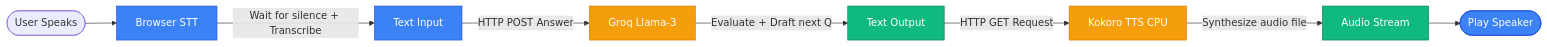
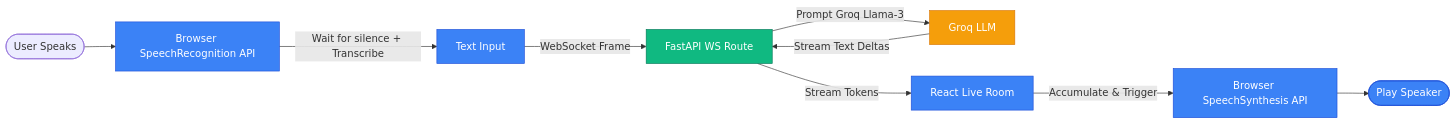
The first of 2 diagrams in docs/frontier_voice_architectures.md (3Nikunj/Merging), drawn with Mermaid before and after one commit. The commit also changed other lines of this file and 1 other file, not shown here.

````diff
--- a/docs/frontier_voice_architectures.md
+++ b/docs/frontier_voice_architectures.md
@@ -12,15 +12,15 @@
 ```mermaid
 flowchart LR
     classDef FE fill:#3b82f6,color:#fff,stroke:#1d4ed8
     classDef BE fill:#10b981,color:#fff,stroke:#047857
-    classDef DB fill:#6366f1,color:#fff,stroke:#4f46e5
     classDef AI fill:#f59e0b,color:#fff,stroke:#d97706
 
-    VoiceIn([User Speaks]) --> STT[Browser STT]:::FE
+    VoiceIn([User Speaks]) --> STT[Browser SpeechRecognition API]:::FE
     STT -->|Wait for silence + Transcribe| TextIn[Text Input]:::FE
-    TextIn -->|HTTP POST Answer| LLM[Groq Llama-3]:::AI
-    LLM -->|Evaluate + Draft next Q| TextOut[Text Output]:::BE
-    TextOut -->|HTTP GET Request| TTS[Kokoro TTS CPU]:::AI
-    TTS -->|Synthesize audio file| AudioOut[Audio Stream]:::BE
-    AudioOut --> Play([Play Speaker]):::FE
+    TextIn -->|WebSocket Frame| API[FastAPI WS Route]:::BE
+    API -->|Prompt Groq Llama-3| LLM[Groq LLM]:::AI
+    LLM -->|Stream Text Deltas| API
+    API -->|Stream Tokens| Room[React Live Room]:::FE
+    Room -->|Accumulate & Trigger| Speech[Browser SpeechSynthesis API]:::FE
+    Speech --> Play([Play Speaker]):::FE
 ```
````
